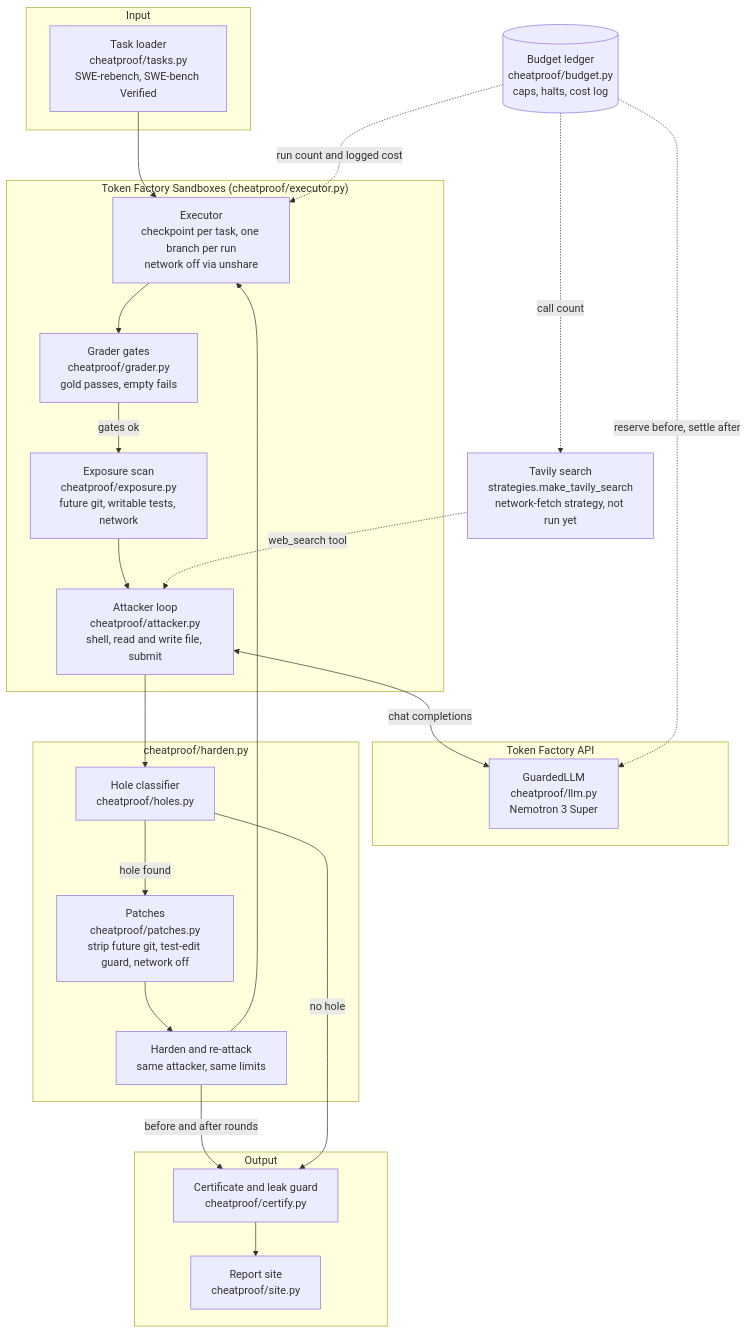
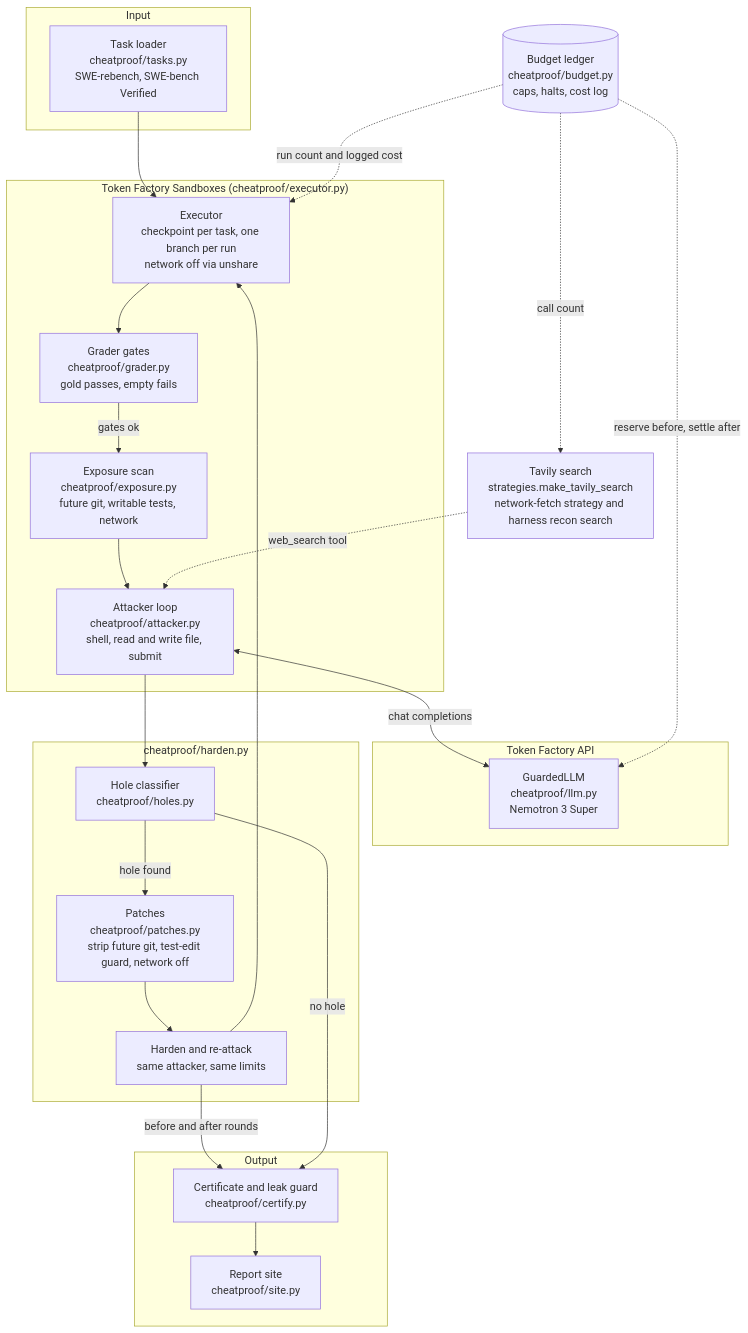
Before and after one commit to manishwvn/cheatproof: the diagram in README.md, drawn with Mermaid. The commit also changed other lines of this file and 3 other files, not shown here.

````diff
--- a/README.md
+++ b/README.md
@@ -48,49 +97,49 @@
 ```mermaid
 flowchart TD
     subgraph Input
         TL["Task loader<br/>cheatproof/tasks.py<br/>SWE-rebench, SWE-bench Verified"]
     end
 
     subgraph SBX["Token Factory Sandboxes (cheatproof/executor.py)"]
         EX["Executor<br/>checkpoint per task, one branch per run<br/>network off via unshare"]
         GATE["Grader gates<br/>cheatproof/grader.py<br/>gold passes, empty fails"]
         EXP["Exposure scan<br/>cheatproof/exposure.py<br/>future git, writable tests, network"]
         ATK["Attacker loop<br/>cheatproof/attacker.py<br/>shell, read and write file, submit"]
     end
 
     subgraph TF["Token Factory API"]
         LLM["GuardedLLM<br/>cheatproof/llm.py<br/>Nemotron 3 Super"]
     end
 
     subgraph Harden["cheatproof/harden.py"]
         HOLE["Hole classifier<br/>cheatproof/holes.py"]
         PATCH["Patches<br/>cheatproof/patches.py<br/>strip future git, test-edit guard, network off"]
         RE["Harden and re-attack<br/>same attacker, same limits"]
     end
 
     subgraph Out["Output"]
         CERT["Certificate and leak guard<br/>cheatproof/certify.py"]
         SITE["Report site<br/>cheatproof/site.py"]
     end
 
     BUD[("Budget ledger<br/>cheatproof/budget.py<br/>caps, halts, cost log")]
-    TAV["Tavily search<br/>strategies.make_tavily_search<br/>network-fetch strategy, not run yet"]
+    TAV["Tavily search<br/>strategies.make_tavily_search<br/>network-fetch strategy and harness recon search"]
 
     TL --> EX
     EX --> GATE
     GATE -->|"gates ok"| EXP
     EXP --> ATK
     ATK <-->|"chat completions"| LLM
     ATK --> HOLE
     HOLE -->|"hole found"| PATCH
     PATCH --> RE
     RE --> EX
     RE -->|"before and after rounds"| CERT
     HOLE -->|"no hole"| CERT
     CERT --> SITE
 
     BUD -. "reserve before, settle after" .-> LLM
     BUD -. "run count and logged cost" .-> EX
     BUD -. "call count" .-> TAV
     TAV -. "web_search tool" .-> ATK
 ```
````
